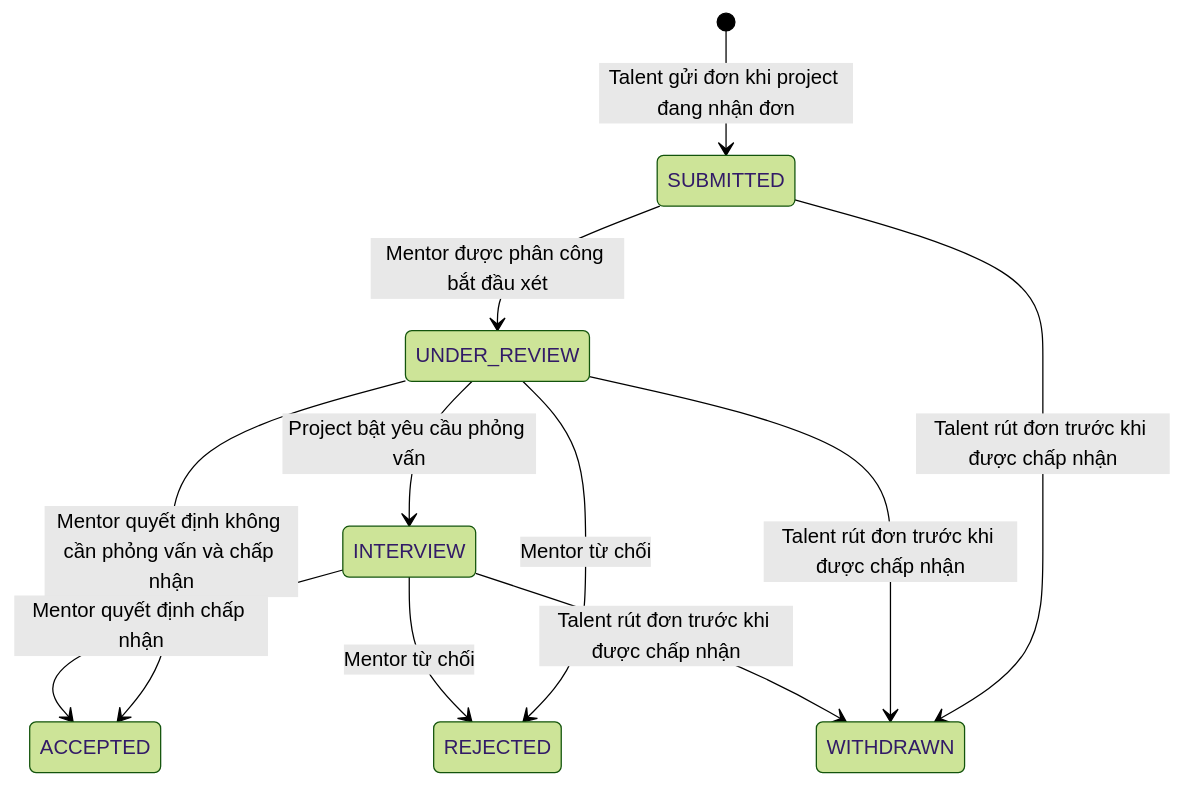
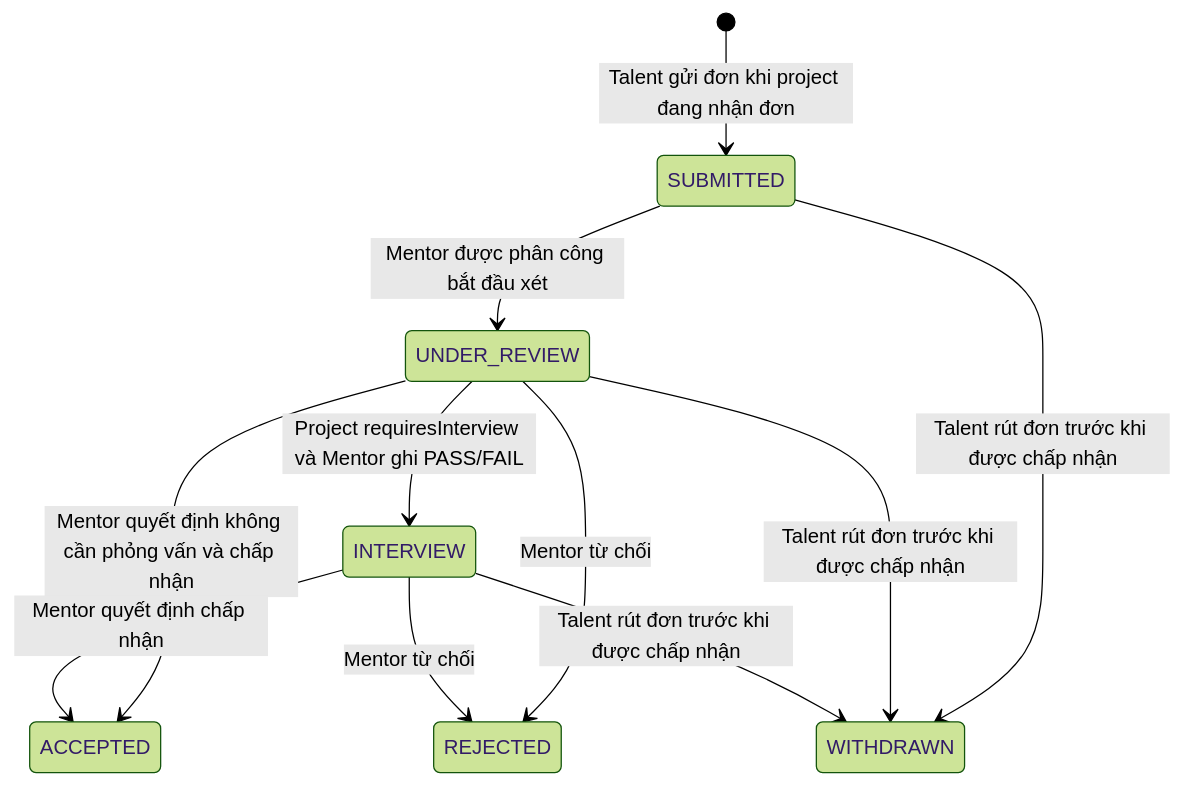
The third of 6 diagrams in daily/day3.md (thong-hdhs/labodc-system), drawn with Mermaid (forest theme) before and after one commit. The commit also changed other lines of this file and 24 other files, not shown here.

````diff
--- a/daily/day3.md
+++ b/daily/day3.md
@@ -182,13 +182,13 @@
 ```mermaid
 stateDiagram-v2
     [*] --> SUBMITTED : Talent gửi đơn khi project đang nhận đơn
     SUBMITTED --> UNDER_REVIEW : Mentor được phân công bắt đầu xét
     SUBMITTED --> WITHDRAWN : Talent rút đơn trước khi được chấp nhận
-    UNDER_REVIEW --> INTERVIEW : Project bật yêu cầu phỏng vấn
+    UNDER_REVIEW --> INTERVIEW : Project requiresInterview và Mentor ghi PASS/FAIL
     UNDER_REVIEW --> ACCEPTED : Mentor quyết định không cần phỏng vấn và chấp nhận
     UNDER_REVIEW --> REJECTED : Mentor từ chối
     UNDER_REVIEW --> WITHDRAWN : Talent rút đơn trước khi được chấp nhận
     INTERVIEW --> ACCEPTED : Mentor quyết định chấp nhận
     INTERVIEW --> REJECTED : Mentor từ chối
     INTERVIEW --> WITHDRAWN : Talent rút đơn trước khi được chấp nhận
 ```
````
